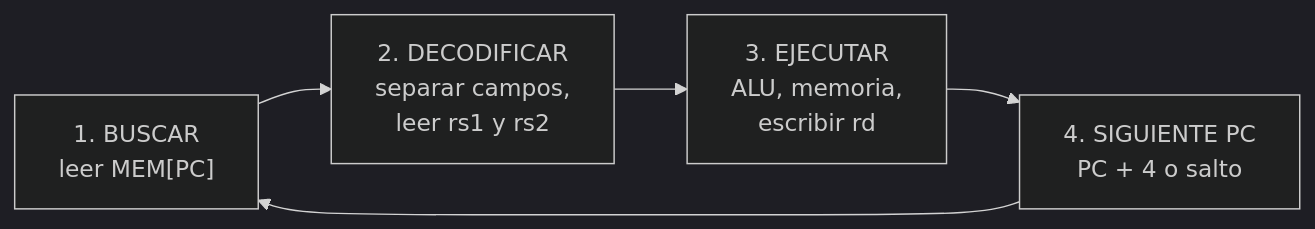
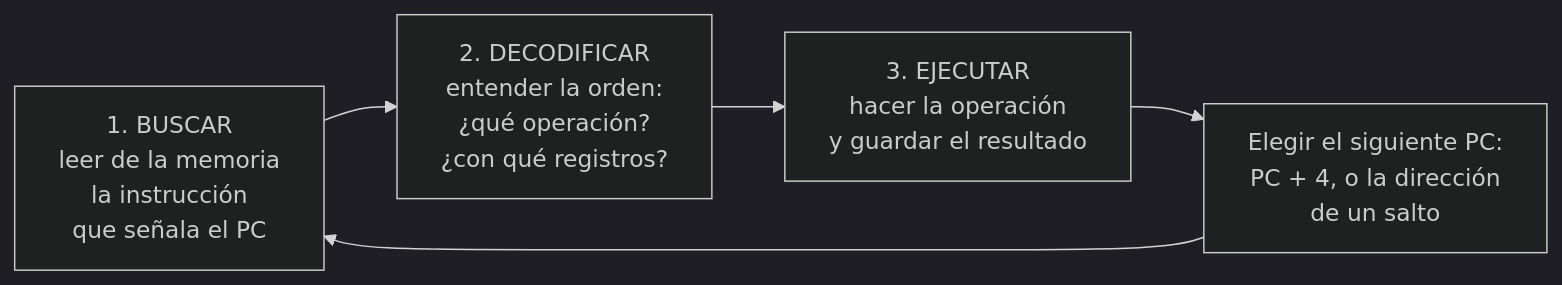
Before and after one commit to afgalindor1/Laboratorio_Digital_2026_2_G9_G10: the second of 7 diagrams in Labs/lab-femtorv/lab-femtorv/Fundamentos/01_RISC-V_y_FemtoRV.md, drawn with Mermaid (dark theme). The commit also changed other lines of this file and 7 other files, not shown here.

````diff
--- a/Labs/lab-femtorv/lab-femtorv/Fundamentos/01_RISC-V_y_FemtoRV.md
+++ b/Labs/lab-femtorv/lab-femtorv/Fundamentos/01_RISC-V_y_FemtoRV.md
@@ -184,7 +86,7 @@
 ```mermaid
 flowchart LR
-    F["1. BUSCAR<br/>leer MEM[PC]"] --> D["2. DECODIFICAR<br/>separar campos,<br/>leer rs1 y rs2"]
-    D --> E["3. EJECUTAR<br/>ALU, memoria,<br/>escribir rd"]
-    E --> N["4. SIGUIENTE PC<br/>PC + 4 o salto"]
-    N --> F
+    B["1. BUSCAR<br/>leer de la memoria<br/>la instrucción<br/>que señala el PC"] --> D["2. DECODIFICAR<br/>entender la orden:<br/>¿qué operación?<br/>¿con qué registros?"]
+    D --> E["3. EJECUTAR<br/>hacer la operación<br/>y guardar el resultado"]
+    E --> P["Elegir el siguiente PC:<br/>PC + 4, o la dirección<br/>de un salto"]
+    P --> B
 ```
````
